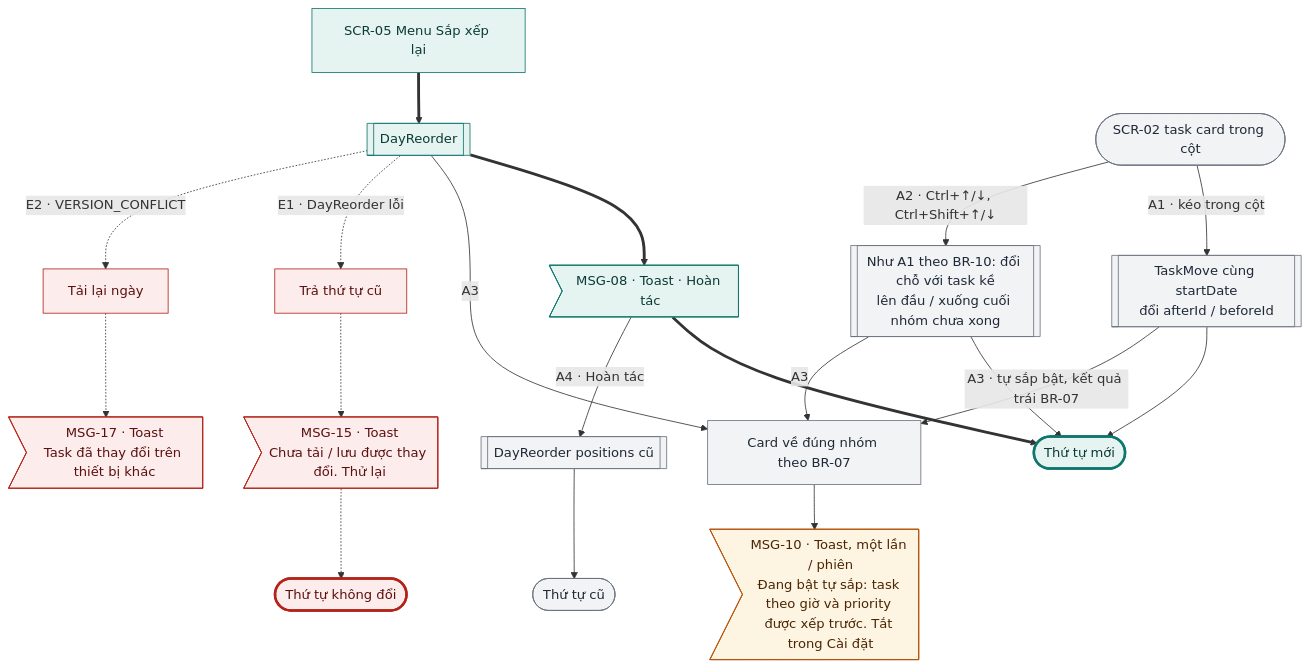
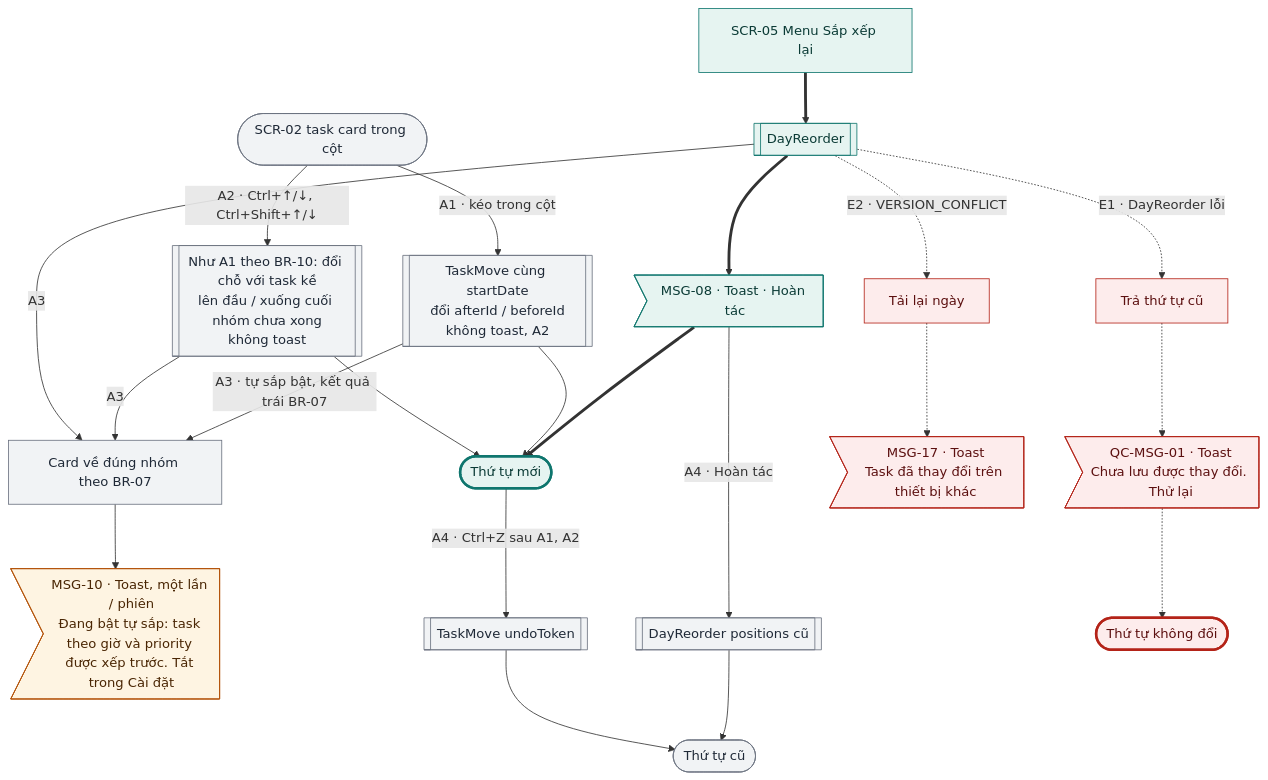
Before and after one commit to tannguyenho/personal-app: diagram 11 of 20 in docs/design-brief/flow/g04-board-ngay.md, drawn with Mermaid. The commit also changed other lines of this file and 6 other files, not shown here.

First line of the commit message:
docs(G02, G04): áp quyết định PO 09/11 vào SRS, PRD, flow; IA trỏ mã mới

````diff
--- a/docs/design-brief/flow/g04-board-ngay.md
+++ b/docs/design-brief/flow/g04-board-ngay.md
@@ -465,41 +469,43 @@
 ```mermaid
 flowchart TD
   s1["SCR-05 Menu Sắp xếp lại"]
   p1[["DayReorder"]]
   m1>"MSG-08 · Toast · Hoàn tác"]
   ok(["Thứ tự mới"])
   s1 ==> p1 ==> m1 ==> ok
 
-  s0(["SCR-02 task card trong cột"]) -->|"A1 · kéo trong cột"| a1[["TaskMove cùng startDate<br/>đổi afterId / beforeId"]]
-  s0 -->|"A2 · Ctrl+↑/↓, Ctrl+Shift+↑/↓"| a2[["Như A1 theo BR-10: đổi chỗ với task kề<br/>lên đầu / xuống cuối nhóm chưa xong"]]
+  s0(["SCR-02 task card trong cột"]) -->|"A1 · kéo trong cột"| a1[["TaskMove cùng startDate<br/>đổi afterId / beforeId<br/>không toast, A2"]]
+  s0 -->|"A2 · Ctrl+↑/↓, Ctrl+Shift+↑/↓"| a2[["Như A1 theo BR-10: đổi chỗ với task kề<br/>lên đầu / xuống cuối nhóm chưa xong<br/>không toast"]]
   a1 --> ok
   a2 --> ok
   a1 -->|"A3 · tự sắp bật, kết quả trái BR-07"| a3["Card về đúng nhóm theo BR-07"]
   a2 -->|"A3"| a3
   p1 -->|"A3"| a3
   a3 --> a3m>"MSG-10 · Toast, một lần / phiên<br/>Đang bật tự sắp: task theo giờ và priority được xếp trước. Tắt trong Cài đặt"]
   m1 -->|"A4 · Hoàn tác"| a4[["DayReorder positions cũ"]]
   a4 --> a4e(["Thứ tự cũ"])
+  ok -->|"A4 · Ctrl+Z sau A1, A2"| a4z[["TaskMove undoToken"]]
+  a4z --> a4e
 
   p1 -.->|"E1 · DayReorder lỗi"| e1["Trả thứ tự cũ"]
-  e1 -.-> e1m>"MSG-15 · Toast<br/>Chưa tải / lưu được thay đổi. Thử lại"]
+  e1 -.-> e1m>"QC-MSG-01 · Toast<br/>Chưa lưu được thay đổi. Thử lại"]
   e1m -.-> fail(["Thứ tự không đổi"])
   p1 -.->|"E2 · VERSION_CONFLICT"| e2["Tải lại ngày"]
   e2 -.-> e2m>"MSG-17 · Toast<br/>Task đã thay đổi trên thiết bị khác"]
 
   class s1,p1,m1 happy
-  class s0,a1,a2,a3,a4,a4e alt
+  class s0,a1,a2,a3,a4,a4z,a4e alt
   class a3m warn
   class e1,e1m,e2,e2m err
   class ok done
   class fail fail
   classDef happy fill:#E6F4F1,stroke:#0F766E,color:#0B3B36
   classDef alt fill:#F1F3F5,stroke:#6B7280,color:#1F2937
   classDef err fill:#FDECEC,stroke:#B42318,color:#5C1010
   classDef warn fill:#FEF4E2,stroke:#B45309,color:#4A2604
   classDef ai fill:#F1ECFD,stroke:#6D28D9,color:#2E1065
   classDef sync fill:#FFFFFF,stroke:#6B7280,stroke-dasharray:4 3,color:#1F2937
   classDef link fill:#FFFFFF,stroke:#0F766E,stroke-dasharray:4 3,color:#0B3B36
   classDef done fill:#E6F4F1,stroke:#0F766E,stroke-width:3px,color:#0B3B36
   classDef fail fill:#FDECEC,stroke:#B42318,stroke-width:3px,color:#5C1010
 ```
````
